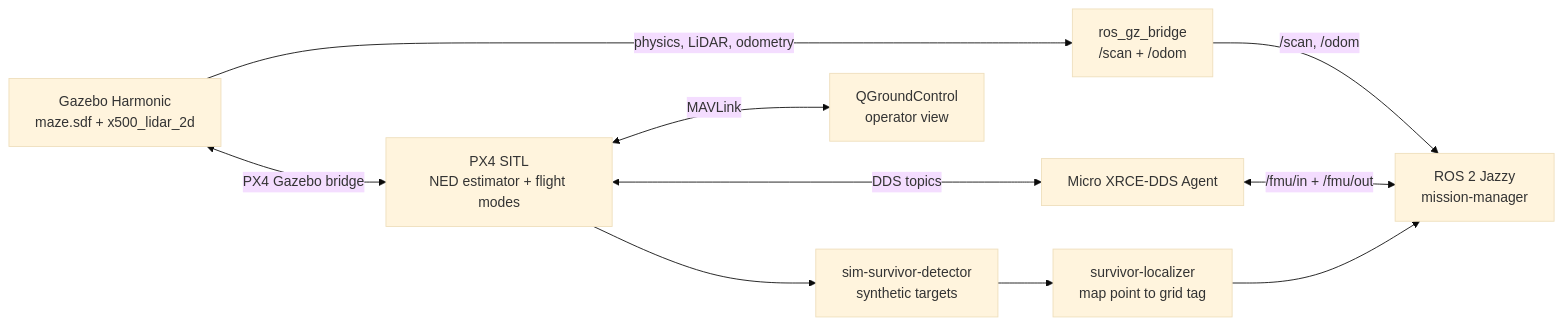
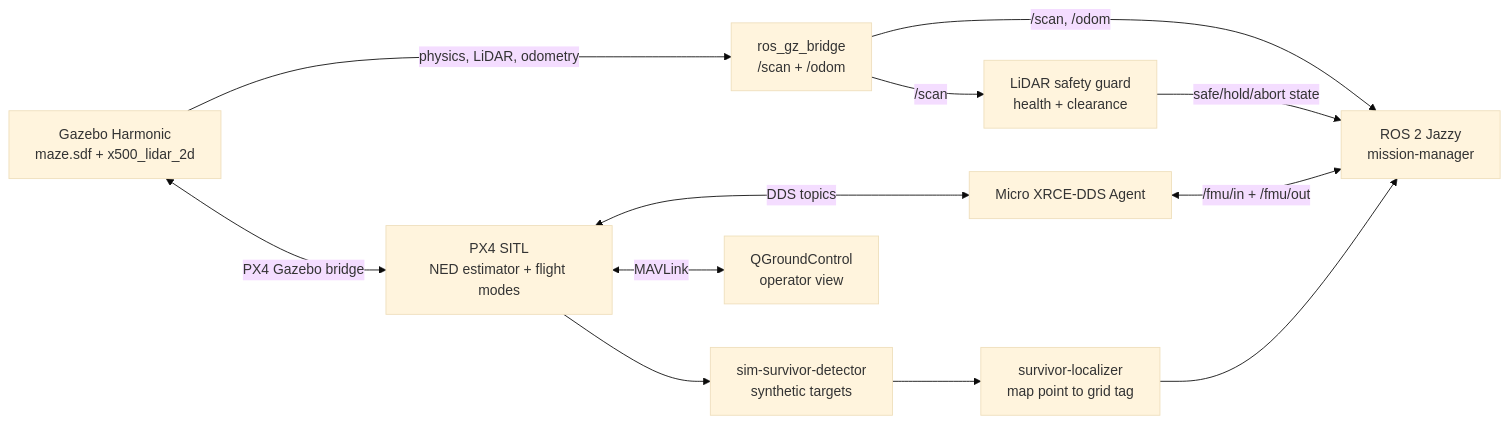
One commit to BeastAyyG/NIDAR-AirMouse changed the first of 2 diagrams in docs/Architecture.md. Above: the diagram before and after it, drawn with Mermaid (base theme). The commit also changed other lines of this file and 11 other files, not shown here.

Commit message:
Add runtime LiDAR safety constraints

````diff
--- a/docs/Architecture.md
+++ b/docs/Architecture.md
@@ -5,21 +5,24 @@
 ```mermaid
 flowchart LR
     GZ[Gazebo Harmonic\nmaze.sdf + x500_lidar_2d]
     PX4[PX4 SITL\nNED estimator + flight modes]
     AGENT[Micro XRCE-DDS Agent]
     ROS[ROS 2 Jazzy\nmission-manager]
     DET[sim-survivor-detector\nsynthetic targets]
     LOC[survivor-localizer\nmap point to grid tag]
     BRIDGE[ros_gz_bridge\n/scan + /odom]
+    SAFE[LiDAR safety guard\nhealth + clearance]
     QGC[QGroundControl\noperator view]
 
     GZ -->|physics, LiDAR, odometry| BRIDGE
     BRIDGE -->|/scan, /odom| ROS
+    BRIDGE -->|/scan| SAFE
+    SAFE -->|safe/hold/abort state| ROS
     GZ <-->|PX4 Gazebo bridge| PX4
     PX4 <-->|DDS topics| AGENT
     AGENT <-->|/fmu/in + /fmu/out| ROS
     PX4 --> DET
     DET --> LOC
     LOC --> ROS
     PX4 <-->|MAVLink| QGC
 ```
````
